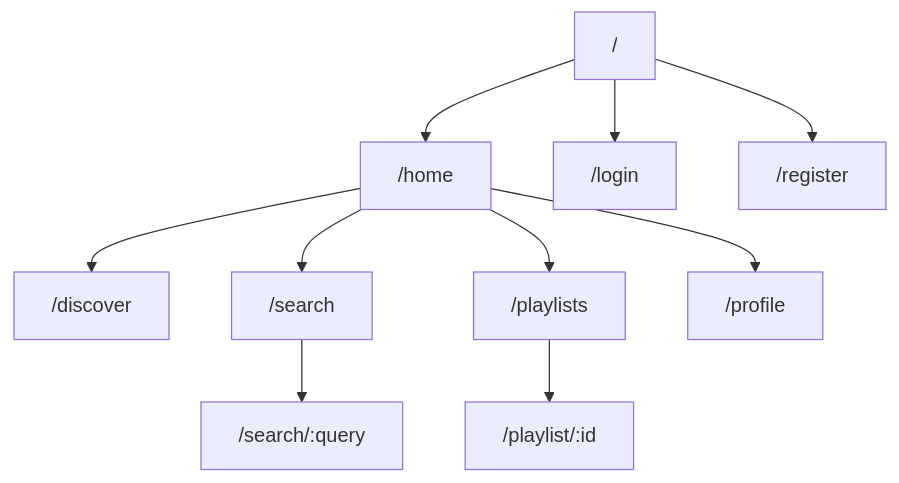
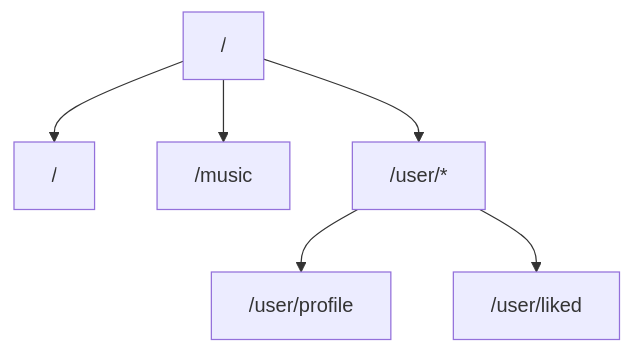
Before and after one commit to SOV710/RhythmFusion: the diagram in docs/frontend/routing.md, drawn with Mermaid. The commit also changed other lines of this file and 17 other files, not shown here.

````diff
--- a/docs/frontend/routing.md
+++ b/docs/frontend/routing.md
@@ -9,14 +9,8 @@
 ```mermaid
 graph TD
-    Root["/"] --> Home["/home"]
-    Root --> Login["/login"]
-    Root --> Register["/register"]
-  
-    Home --> Discover["/discover"]
-    Home --> Search["/search"]
-    Home --> PlaylistList["/playlists"]
-    PlaylistList --> PlaylistDetail["/playlist/:id"]
-    Home --> Profile["/profile"]
-    Search --> SearchResults["/search/:query"]
-
+    Root["/"] --> Home["/"]
+    Root --> Music["/music"]
+    Root --> User["/user/*"]
+    User --> Profile["/user/profile"]
+    User --> Liked["/user/liked"]
 ```
````
